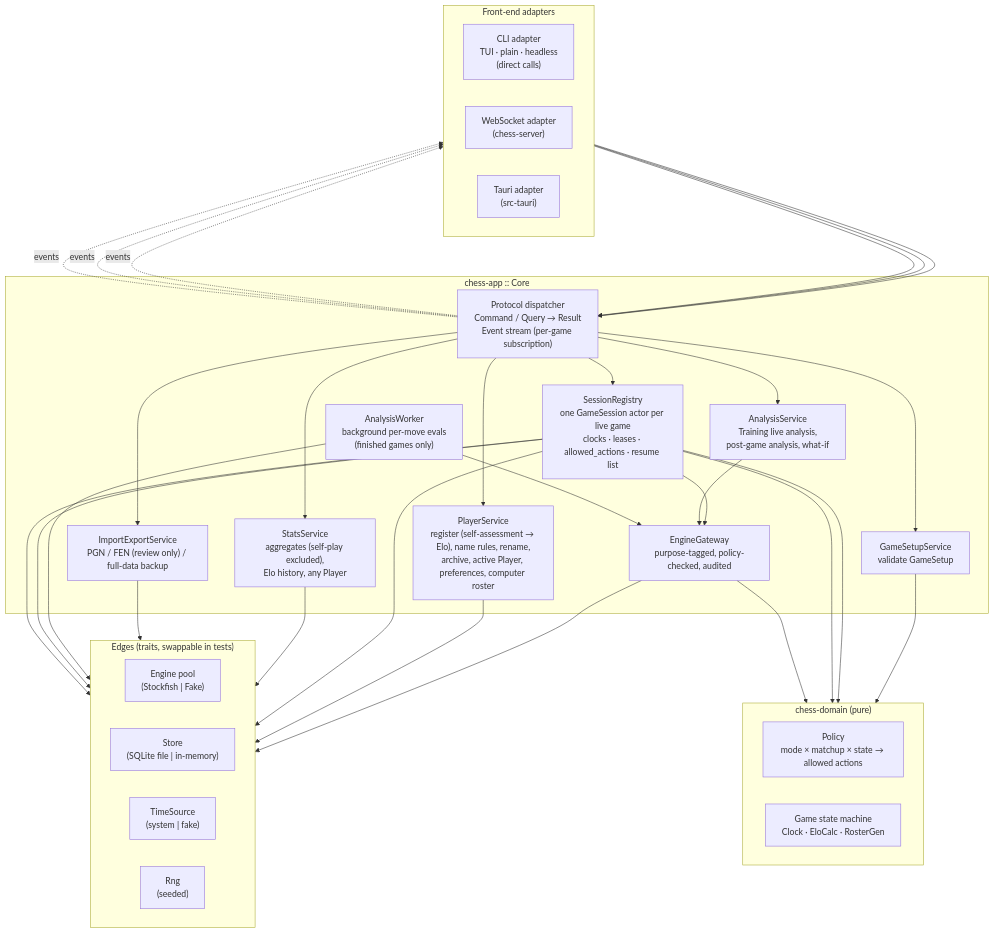
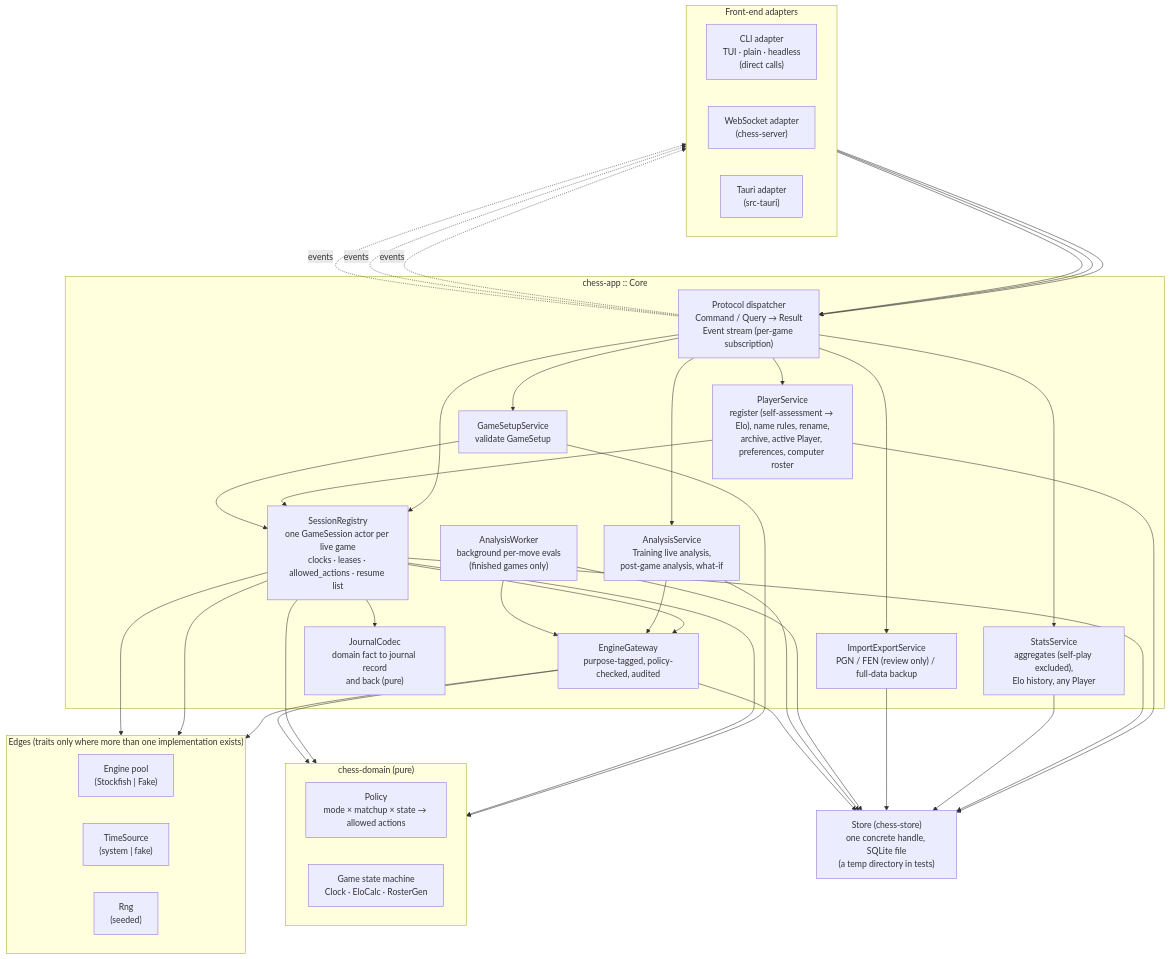
Before and after one commit to bprascher/chess: the fourth of 14 diagrams in docs/architecture.md, drawn with Mermaid. The commit also changed other lines of this file and 17 other files, not shown here.

First line of the commit message:
Apply architecture addendum B and C to the SDDs and add the v0.4 consistency pass

````diff
--- a/docs/architecture.md
+++ b/docs/architecture.md
@@ -399,63 +487,70 @@
 ```mermaid
 flowchart TB
     subgraph fe["Front-end adapters"]
         direction LR
         cliA["CLI adapter<br/>TUI · plain · headless<br/>(direct calls)"]
         wsA["WebSocket adapter<br/>(chess-server)"]
         tauriA["Tauri adapter<br/>(src-tauri)"]
     end
 
     subgraph core["chess-app :: Core"]
         api["Protocol dispatcher<br/>Command / Query → Result<br/>Event stream (per-game subscription)"]
         players["PlayerService<br/>register (self-assessment → Elo), name rules, rename,<br/>archive, active Player, preferences, computer roster"]
         setup["GameSetupService<br/>validate GameSetup"]
         sessions["SessionRegistry<br/>one GameSession actor per live game<br/>clocks · leases · allowed_actions · resume list"]
         analysis["AnalysisService<br/>Training live analysis,<br/>post-game analysis, what-if"]
         stats["StatsService<br/>aggregates (self-play excluded),<br/>Elo history, any Player"]
         io["ImportExportService<br/>PGN / FEN (review only) / full-data backup"]
         gateway["EngineGateway<br/>purpose-tagged, policy-checked, audited"]
         worker["AnalysisWorker<br/>background per-move evals<br/>(finished games only)"]
+        codec["JournalCodec<br/>domain fact to journal record<br/>and back (pure)"]
     end
 
     subgraph pure["chess-domain (pure)"]
         direction LR
         policy["Policy<br/>mode × matchup × state → allowed actions"]
         game["Game state machine<br/>Clock · EloCalc · RosterGen"]
     end
 
-    subgraph edges["Edges (traits, swappable in tests)"]
+    subgraph edges["Edges (traits only where more than one implementation exists)"]
         direction LR
         eng["Engine pool<br/>(Stockfish | Fake)"]
-        st["Store<br/>(SQLite file | in-memory)"]
         clk["TimeSource<br/>(system | fake)"]
         rng["Rng<br/>(seeded)"]
     end
+
+    st["Store (chess-store)<br/>one concrete handle, SQLite file<br/>(a temp directory in tests)"]
 
     cliA --> api
     wsA --> api
     tauriA --> api
     api -. "events" .-> cliA
     api -. "events" .-> wsA
     api -. "events" .-> tauriA
     api --> players
     api --> setup
     api --> sessions
     api --> analysis
     api --> stats
     api --> io
     setup --> policy
     sessions --> policy
     sessions --> game
     gateway --> policy
     sessions --> gateway
     analysis --> gateway
     worker --> gateway
     gateway --> eng
     players --> st
     sessions --> st
     stats --> st
     io --> st
     worker --> st
     sessions --> clk
     sessions --> rng
+    sessions --> codec
+    players --> sessions
+    setup --> sessions
+    analysis --> st
+    gateway --> st
 ```
````
